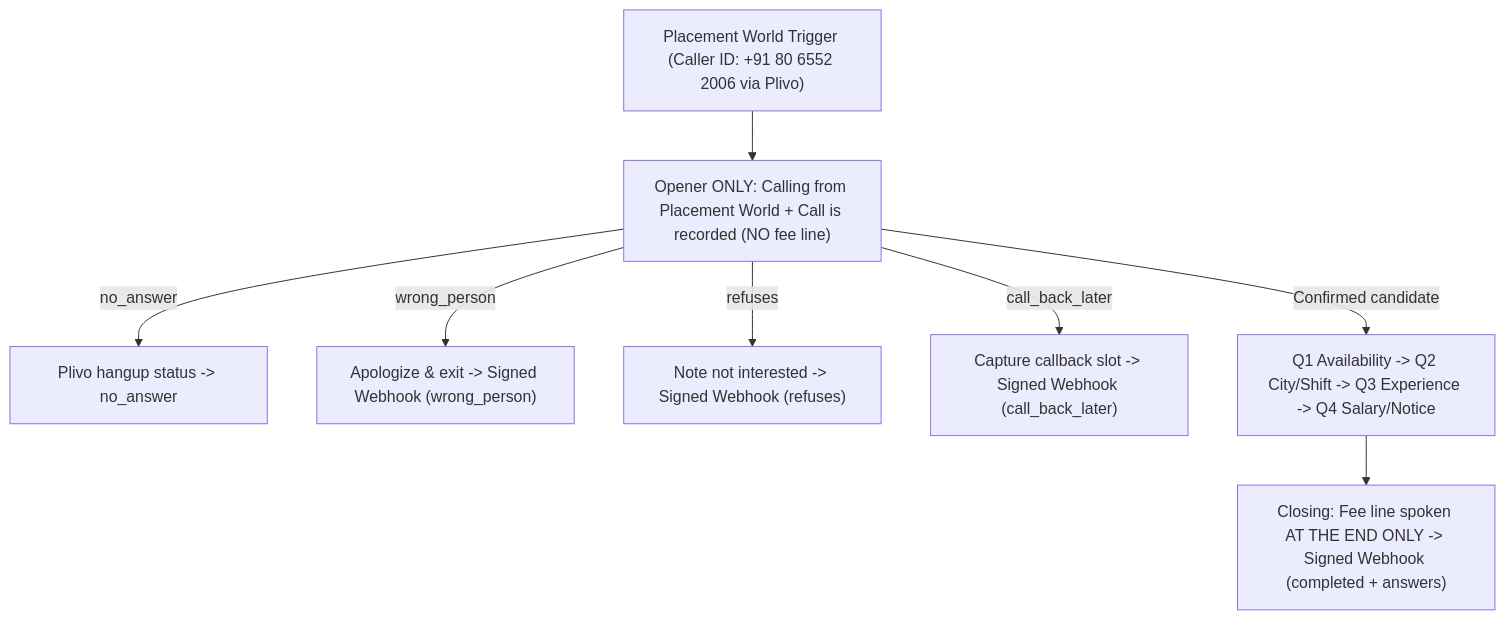
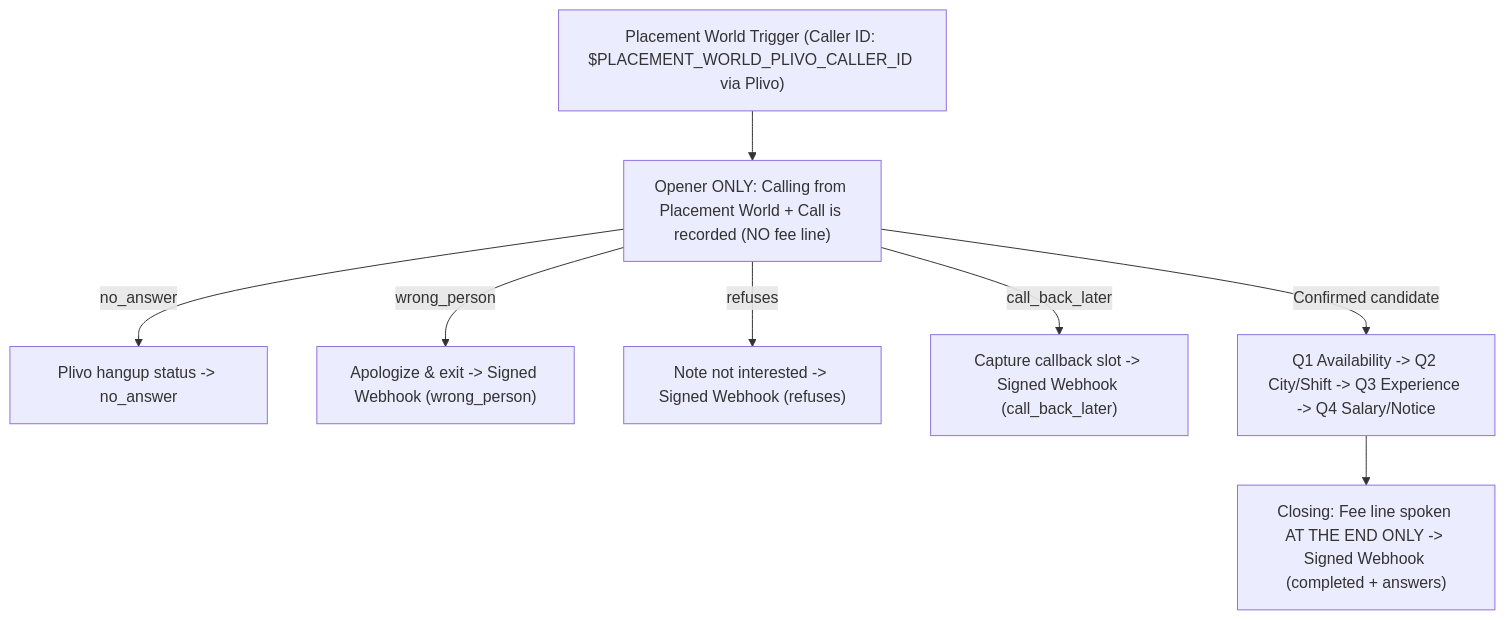
The diagram in sahayakai-main/docs/placement-world-spec.md (sargupta/sahayakai), drawn with Mermaid before and after one commit. The commit also changed other lines of this file and 11 other files, not shown here.

Commit message:
fix(sampark): read test/caller phone numbers from env and register Placement World in dial gate

````diff
--- a/sahayakai-main/docs/placement-world-spec.md
+++ b/sahayakai-main/docs/placement-world-spec.md
@@ -20,10 +20,10 @@
 ```mermaid
 flowchart TD
-    PW["Placement World Trigger (Caller ID: +91 80 6552 2006 via Plivo)"] --> OP["Opener ONLY: Calling from Placement World + Call is recorded (NO fee line)"]
+    PW["Placement World Trigger (Caller ID: $PLACEMENT_WORLD_PLIVO_CALLER_ID via Plivo)"] --> OP["Opener ONLY: Calling from Placement World + Call is recorded (NO fee line)"]
     OP -->|no_answer| NA["Plivo hangup status -> no_answer"]
     OP -->|wrong_person| WP["Apologize & exit -> Signed Webhook (wrong_person)"]
     OP -->|refuses| RF["Note not interested -> Signed Webhook (refuses)"]
     OP -->|call_back_later| CB["Capture callback slot -> Signed Webhook (call_back_later)"]
     OP -->|Confirmed candidate| SQ["Q1 Availability -> Q2 City/Shift -> Q3 Experience -> Q4 Salary/Notice"]
     SQ --> CL["Closing: Fee line spoken AT THE END ONLY -> Signed Webhook (completed + answers)"]
 ```
````
